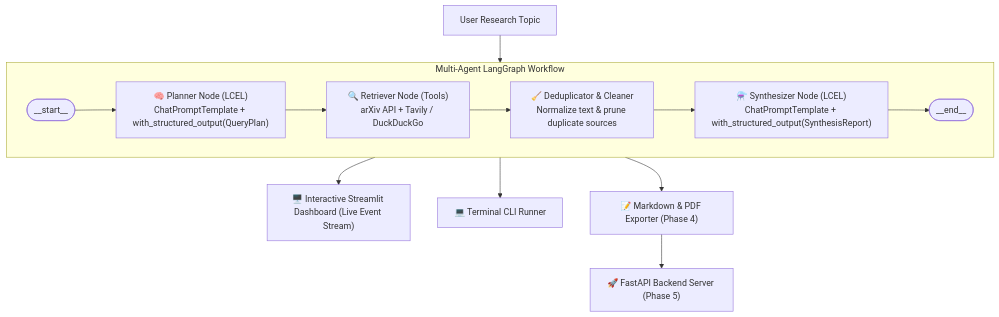
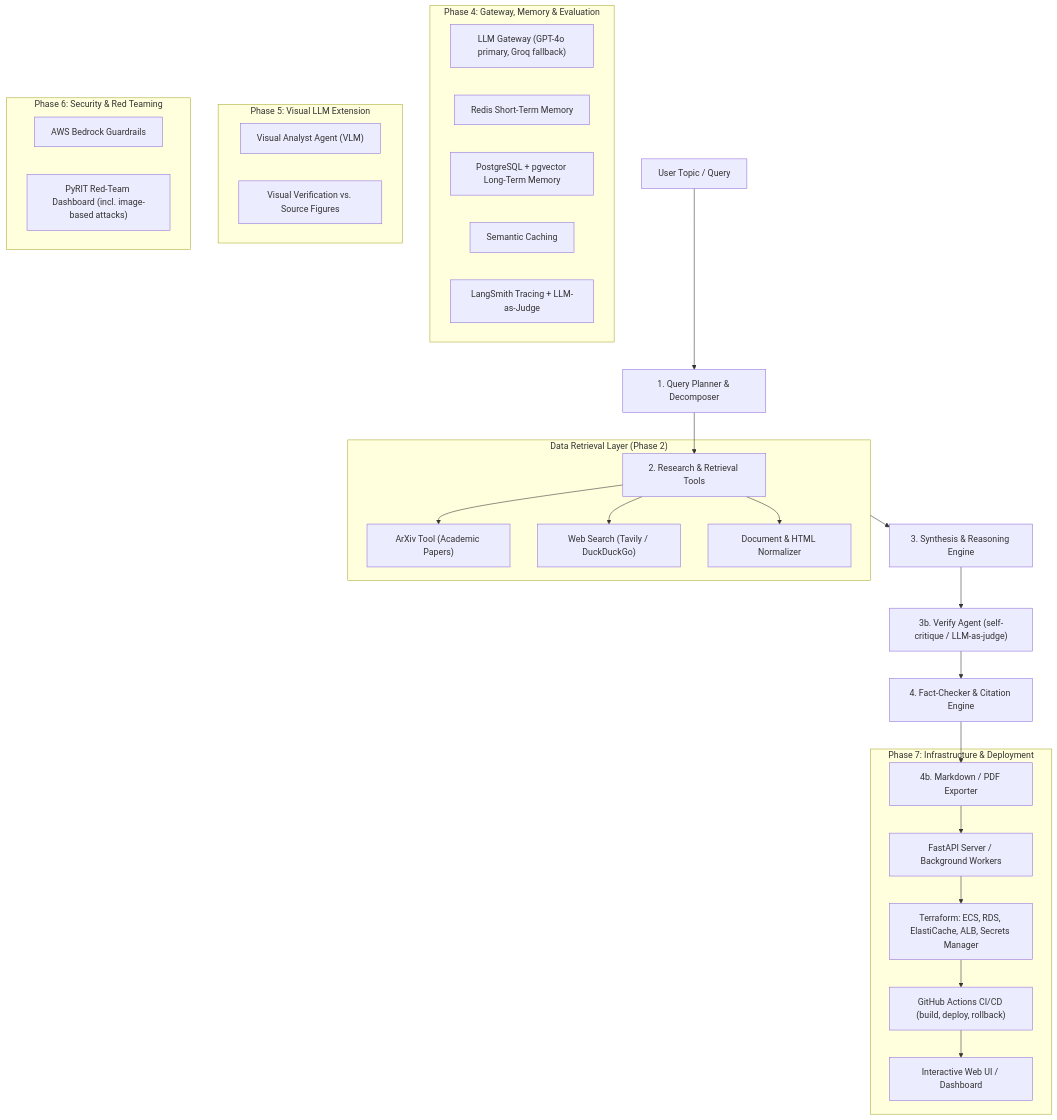
One commit to hit93/AI-Research-Assistant changed the diagram in README.md. Above: the diagram before and after it, drawn with Mermaid. The commit also changed other lines of this file, not shown here.

Commit message:
docs: update README with enterprise multi-agent platform architecture and roadmap extensions

````diff
--- a/README.md
+++ b/README.md
@@ -9,17 +12,41 @@
 ```mermaid
 flowchart TD
-    UserQuery["User Research Topic"] --> StateGraph["LangGraph StateGraph"]
+    UserQuery["User Topic / Query"] --> Planner["1. Query Planner & Decomposer"]
+    Planner --> SearchTools["2. Research & Retrieval Tools"]
 
-    subgraph StateGraph ["Multi-Agent LangGraph Workflow"]
-        Start(["__start__"]) --> Planner["🧠 Planner Node (LCEL)\nChatPromptTemplate + with_structured_output(QueryPlan)"]
-        Planner --> Retriever["🔍 Retriever Node (Tools)\narXiv API + Tavily / DuckDuckGo"]
-        Retriever --> Deduplicator["🧹 Deduplicator & Cleaner\nNormalize text & prune duplicate sources"]
-        Deduplicator --> Synthesizer["⚗️ Synthesizer Node (LCEL)\nChatPromptTemplate + with_structured_output(SynthesisReport)"]
-        Synthesizer --> EndNode(["__end__"])
+    subgraph RetrievalLayer ["Data Retrieval Layer (Phase 2)"]
+        SearchTools --> Arxiv["ArXiv Tool (Academic Papers)"]
+        SearchTools --> WebSearch["Web Search (Tavily / DuckDuckGo)"]
+        SearchTools --> DocParser["Document & HTML Normalizer"]
     end
 
-    StateGraph --> Streamlit["🖥️ Interactive Streamlit Dashboard (Live Event Stream)"]
-    StateGraph --> CLI["💻 Terminal CLI Runner"]
-    StateGraph --> Exporter["📝 Markdown & PDF Exporter (Phase 4)"]
-    Exporter --> Server["🚀 FastAPI Backend Server (Phase 5)"]
+    RetrievalLayer --> Synthesizer["3. Synthesis & Reasoning Engine"]
+    Synthesizer --> Verifier["3b. Verify Agent (self-critique / LLM-as-judge)"]
+    Verifier --> FactCheck["4. Fact-Checker & Citation Engine"]
+    FactCheck --> Exporter["4b. Markdown / PDF Exporter"]
+
+    subgraph GatewayMemory ["Phase 4: Gateway, Memory & Evaluation"]
+        Gateway["LLM Gateway (GPT-4o primary, Groq fallback)"]
+        STM["Redis Short-Term Memory"]
+        LTM["PostgreSQL + pgvector Long-Term Memory"]
+        Cache["Semantic Caching"]
+        Trace["LangSmith Tracing + LLM-as-Judge"]
+    end
+
+    subgraph VisualExt ["Phase 5: Visual LLM Extension"]
+        VLM["Visual Analyst Agent (VLM)"]
+        VisualVerify["Visual Verification vs. Source Figures"]
+    end
+
+    subgraph SecurityLayer ["Phase 6: Security & Red Teaming"]
+        Guardrails["AWS Bedrock Guardrails"]
+        RedTeam["PyRIT Red-Team Dashboard (incl. image-based attacks)"]
+    end
+
+    subgraph ServerLayer ["Phase 7: Infrastructure & Deployment"]
+        Exporter --> APIServer["FastAPI Server / Background Workers"]
+        APIServer --> Terraform["Terraform: ECS, RDS, ElastiCache, ALB, Secrets Manager"]
+        Terraform --> CICD["GitHub Actions CI/CD (build, deploy, rollback)"]
+        CICD --> WebUI["Interactive Web UI / Dashboard"]
+    end
 ```
````
